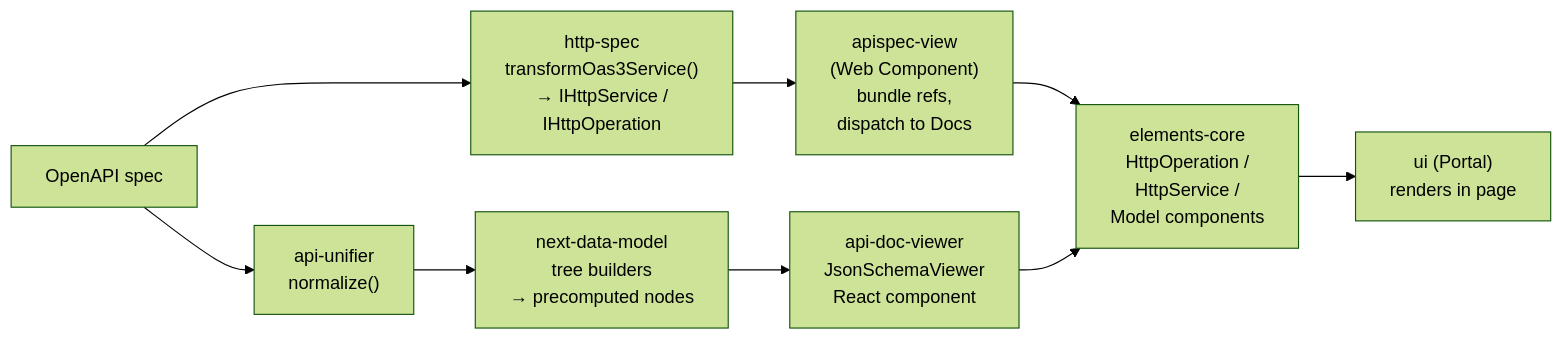
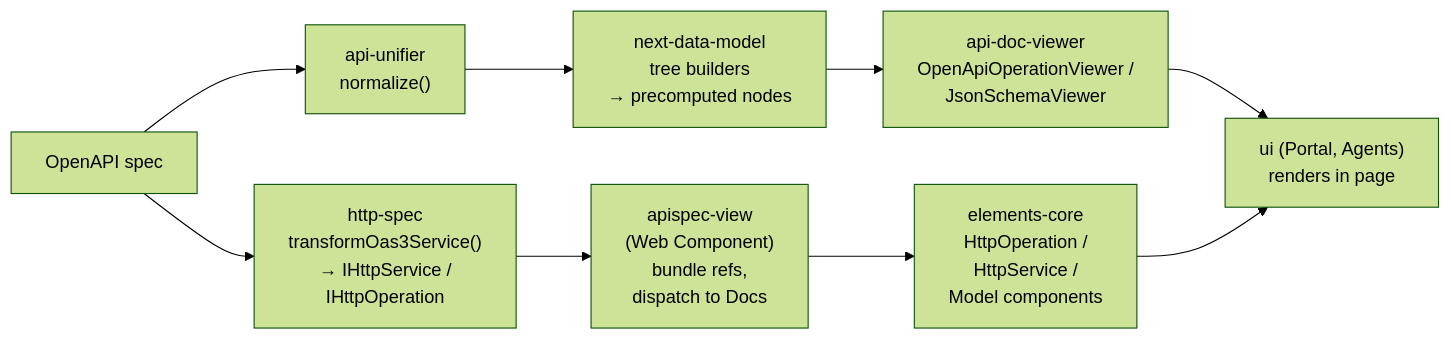
The fifth of 6 diagrams in docs/architecture/processing-libraries.md (Netcracker/qubership-apihub), drawn with Mermaid (forest theme) before and after one commit. The commit also changed other lines of this file and 22 other files, not shown here.

````diff
--- a/docs/architecture/processing-libraries.md
+++ b/docs/architecture/processing-libraries.md
@@ -699,13 +689,12 @@
 ```mermaid
 flowchart LR
-  A["OpenAPI spec"] --> B["http-spec<br/>transformOas3Service()<br/>→ IHttpService /<br/>IHttpOperation"]
+  A["OpenAPI spec"] --> E["api-unifier<br/>normalize()"]
+  E --> F["next-data-model<br/>tree builders<br/>→ precomputed nodes"]
+  F --> H["api-doc-viewer<br/>OpenApiOperationViewer /<br/>JsonSchemaViewer"]
+  H --> I["ui (Portal, Agents)<br/>renders in page"]
+
+  A --> B["http-spec<br/>transformOas3Service()<br/>→ IHttpService /<br/>IHttpOperation"]
   B --> C["apispec-view<br/>(Web Component)<br/>bundle refs,<br/>dispatch to Docs"]
   C --> D["elements-core<br/>HttpOperation /<br/>HttpService /<br/>Model components"]
-
-  A --> E["api-unifier<br/>normalize()"]
-  E --> F["next-data-model<br/>tree builders<br/>→ precomputed nodes"]
-  F --> H["api-doc-viewer<br/>JsonSchemaViewer<br/>React component"]
-  H --> D
-
-  D --> I["ui (Portal)<br/>renders in page"]
+  D --> I
 ```
````
